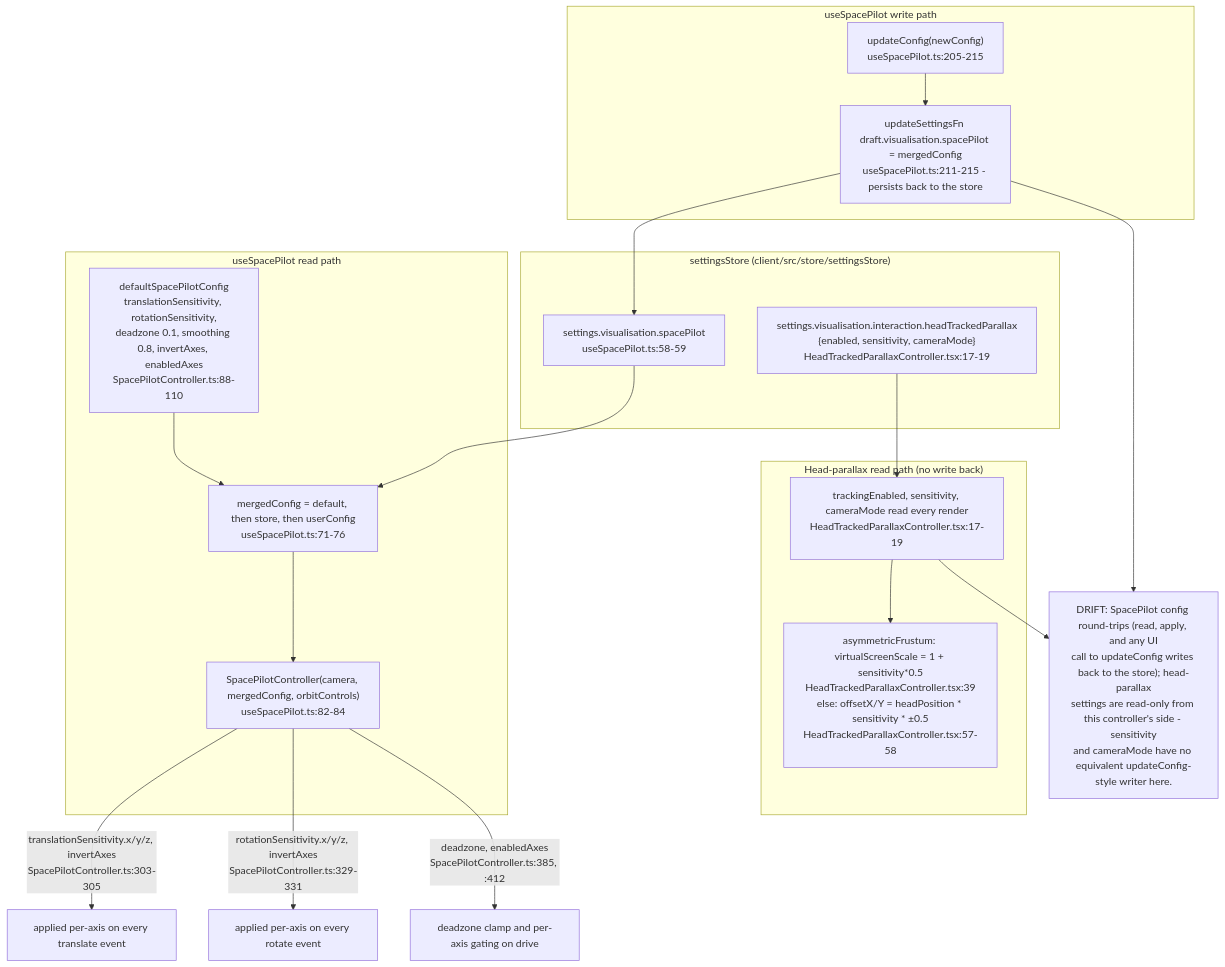
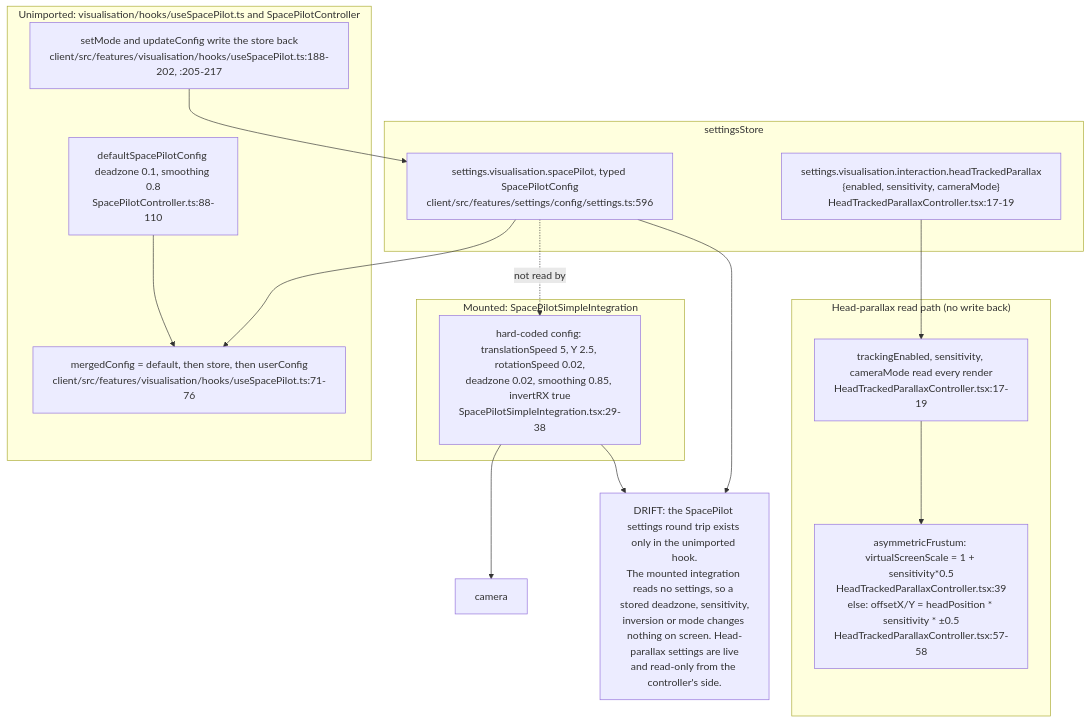
Before and after one commit to DreamLab-AI/VisionFlow: the tenth of 11 diagrams in docs/diagrams/visionclaw/37-browser-xr-and-desktop-input.md, drawn with Mermaid. The commit also changed other lines of this file and 173 other files, not shown here.

````diff
--- a/docs/diagrams/visionclaw/37-browser-xr-and-desktop-input.md
+++ b/docs/diagrams/visionclaw/37-browser-xr-and-desktop-input.md
@@ -402,32 +453,28 @@
 ```mermaid
 flowchart TB
-    subgraph store["settingsStore (client/src/store/settingsStore)"]
-        SS["settings.visualisation.spacePilot<br/>useSpacePilot.ts:58-59"]
+    subgraph store["settingsStore"]
+        SS["settings.visualisation.spacePilot, typed SpacePilotConfig<br/>client/src/features/settings/config/settings.ts:596"]
         HS["settings.visualisation.interaction.headTrackedParallax<br/>{enabled, sensitivity, cameraMode}<br/>HeadTrackedParallaxController.tsx:17-19"]
     end
-    subgraph sp["useSpacePilot read path"]
-        DEF["defaultSpacePilotConfig<br/>translationSensitivity, rotationSensitivity,<br/>deadzone 0.1, smoothing 0.8, invertAxes, enabledAxes<br/>SpacePilotController.ts:88-110"]
-        MERGE["mergedConfig = default, then store, then userConfig<br/>useSpacePilot.ts:71-76"]
-        CTRL["SpacePilotController(camera, mergedConfig, orbitControls)<br/>useSpacePilot.ts:82-84"]
+    subgraph dead["Unimported: visualisation/hooks/useSpacePilot.ts and SpacePilotController"]
+        DEF["defaultSpacePilotConfig deadzone 0.1, smoothing 0.8<br/>SpacePilotController.ts:88-110"]
+        MERGE["mergedConfig = default, then store, then userConfig<br/>client/src/features/visualisation/hooks/useSpacePilot.ts:71-76"]
+        UPD["setMode and updateConfig write the store back<br/>client/src/features/visualisation/hooks/useSpacePilot.ts:188-202, :205-217"]
     end
-    subgraph write["useSpacePilot write path"]
-        UPD["updateConfig(newConfig)<br/>useSpacePilot.ts:205-215"]
-        WB["updateSettingsFn draft.visualisation.spacePilot = mergedConfig<br/>useSpacePilot.ts:211-215 - persists back to the store"]
+    subgraph live["Mounted: SpacePilotSimpleIntegration"]
+        LIT["hard-coded config: translationSpeed 5, Y 2.5, rotationSpeed 0.02,<br/>deadzone 0.02, smoothing 0.85, invertRX true<br/>SpacePilotSimpleIntegration.tsx:29-38"]
     end
     subgraph hp["Head-parallax read path (no write back)"]
         HREAD["trackingEnabled, sensitivity, cameraMode read every render<br/>HeadTrackedParallaxController.tsx:17-19"]
         HAPPLY["asymmetricFrustum: virtualScreenScale = 1 + sensitivity*0.5<br/>HeadTrackedParallaxController.tsx:39<br/>else: offsetX/Y = headPosition * sensitivity * ±0.5<br/>HeadTrackedParallaxController.tsx:57-58"]
     end
     DEF --> MERGE
     SS --> MERGE
-    MERGE --> CTRL
-    CTRL -->|"translationSensitivity.x/y/z, invertAxes<br/>SpacePilotController.ts:303-305"| APPLY1["applied per-axis on every translate event"]
-    CTRL -->|"rotationSensitivity.x/y/z, invertAxes<br/>SpacePilotController.ts:329-331"| APPLY2["applied per-axis on every rotate event"]
-    CTRL -->|"deadzone, enabledAxes<br/>SpacePilotController.ts:385, :412"| APPLY3["deadzone clamp and per-axis gating on drive"]
-    UPD --> WB
-    WB --> SS
+    UPD --> SS
+    LIT --> CAMX["camera"]
+    SS -.->|"not read by"| LIT
     HS --> HREAD --> HAPPLY
-    note1["DRIFT: SpacePilot config round-trips (read, apply, and any UI<br/>call to updateConfig writes back to the store); head-parallax<br/>settings are read-only from this controller's side - sensitivity<br/>and cameraMode have no equivalent updateConfig-style writer here."]
-    WB --> note1
-    HREAD --> note1
+    note1["DRIFT: the SpacePilot settings round trip exists only in the unimported hook.<br/>The mounted integration reads no settings, so a stored deadzone, sensitivity,<br/>inversion or mode changes nothing on screen. Head-parallax settings are live<br/>and read-only from the controller's side."]
+    SS --> note1
+    LIT --> note1
 ```
````
